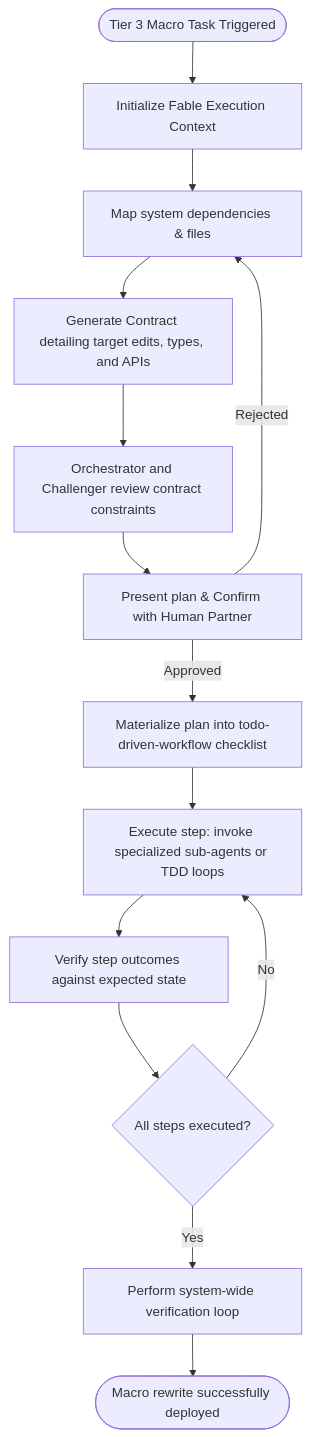
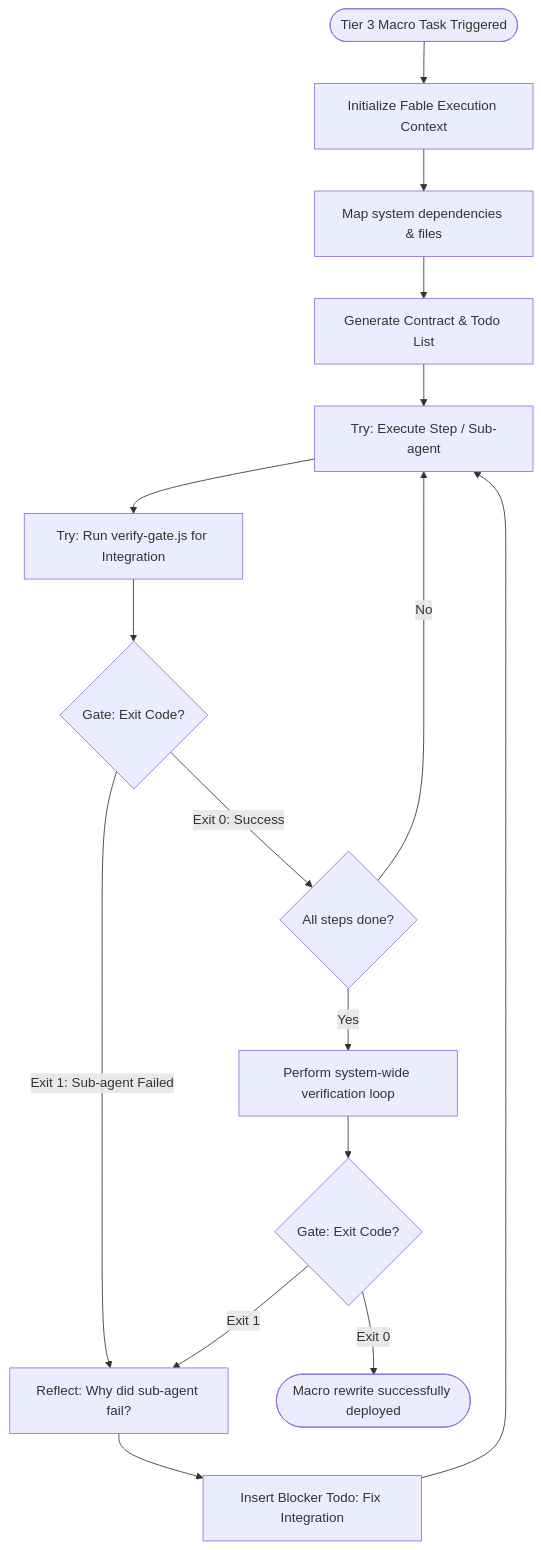
The diagram in docs/workflows/fable-mode.md (dyphn1/Harness-everything), drawn with Mermaid before and after one commit. The commit also changed other lines of this file and 18 other files, not shown here.

````diff
--- a/docs/workflows/fable-mode.md
+++ b/docs/workflows/fable-mode.md
@@ -11,16 +11,22 @@
 ```mermaid
 graph TD
   Start([Tier 3 Macro Task Triggered]) --> InitFable["Initialize Fable Execution Context"]
   InitFable --> AnalyzeScope["Map system dependencies & files"]
-  AnalyzeScope --> GenerateContract["Generate Contract detailing target edits, types, and APIs"]
-  GenerateContract --> ReviewContract["Orchestrator and Challenger review contract constraints"]
-  ReviewContract --> HumanConfirm["Present plan & Confirm with Human Partner"]
-  HumanConfirm -->|Rejected| AnalyzeScope
-  HumanConfirm -->|Approved| PlanSteps["Materialize plan into todo-driven-workflow checklist"]
-  PlanSteps --> RunStep["Execute step: invoke specialized sub-agents or TDD loops"]
-  RunStep --> VerifyStep["Verify step outcomes against expected state"]
-  VerifyStep --> CheckAllSteps{All steps executed?}
+  AnalyzeScope --> GenerateContract["Generate Contract & Todo List"]
+  
+  GenerateContract --> RunStep["Try: Execute Step / Sub-agent"]
+  RunStep --> VerifyStep["Try: Run verify-gate.js for Integration"]
+  
+  VerifyStep --> Check{Gate: Exit Code?}
+  Check -->|Exit 1: Sub-agent Failed| Diagnose["Reflect: Why did sub-agent fail?"]
+  Diagnose --> InsertBlocker["Insert Blocker Todo: Fix Integration"]
+  InsertBlocker --> RunStep
+  
+  Check -->|Exit 0: Success| CheckAllSteps{All steps done?}
   CheckAllSteps -->|No| RunStep
   CheckAllSteps -->|Yes| FinalAudit["Perform system-wide verification loop"]
-  FinalAudit --> End([Macro rewrite successfully deployed])
+  
+  FinalAudit --> FinalCheck{Gate: Exit Code?}
+  FinalCheck -->|Exit 1| Diagnose
+  FinalCheck -->|Exit 0| End([Macro rewrite successfully deployed])
 ```
````
